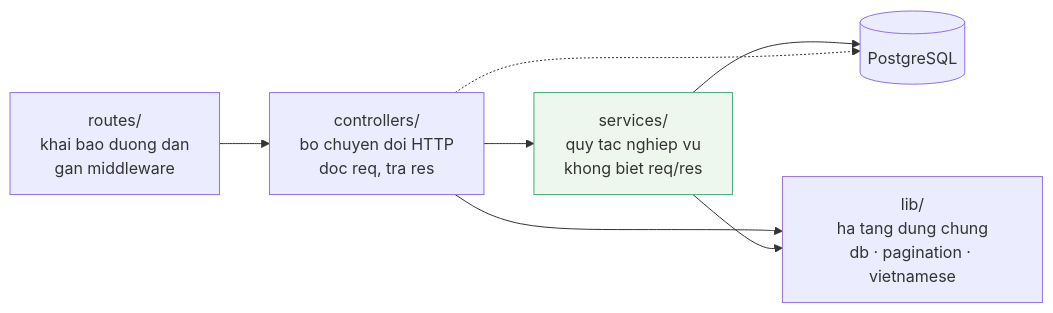
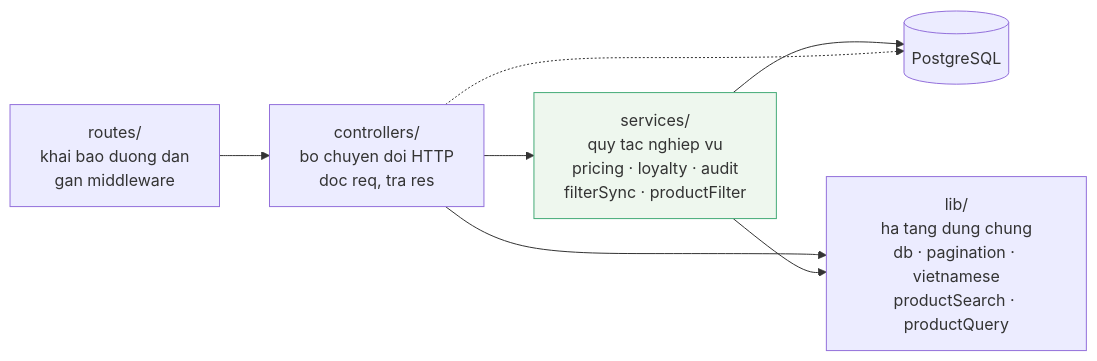
The second of 8 diagrams in backend/docs/architecture.md (nguyenxduc/electric-ecommerce), drawn with Mermaid before and after one commit. The commit also changed other lines of this file and 1 other file, not shown here.

````diff
--- a/backend/docs/architecture.md
+++ b/backend/docs/architecture.md
@@ -64,16 +64,16 @@
 ```mermaid
 flowchart LR
   R["routes/<br/>khai bao duong dan<br/>gan middleware"]
   C["controllers/<br/>bo chuyen doi HTTP<br/>doc req, tra res"]
-  S["services/<br/>quy tac nghiep vu<br/>khong biet req/res"]
-  L["lib/<br/>ha tang dung chung<br/>db · pagination · vietnamese"]
+  S["services/<br/>quy tac nghiep vu<br/>pricing · loyalty · audit<br/>filterSync · productFilter"]
+  L["lib/<br/>ha tang dung chung<br/>db · pagination · vietnamese<br/>productSearch · productQuery"]
   D[("PostgreSQL")]
 
   R --> C --> S --> D
   C --> L
   S --> L
   C -.-> D
 
   classDef pure fill:#eef7ee,stroke:#4a7
   class S pure
 ```
````
